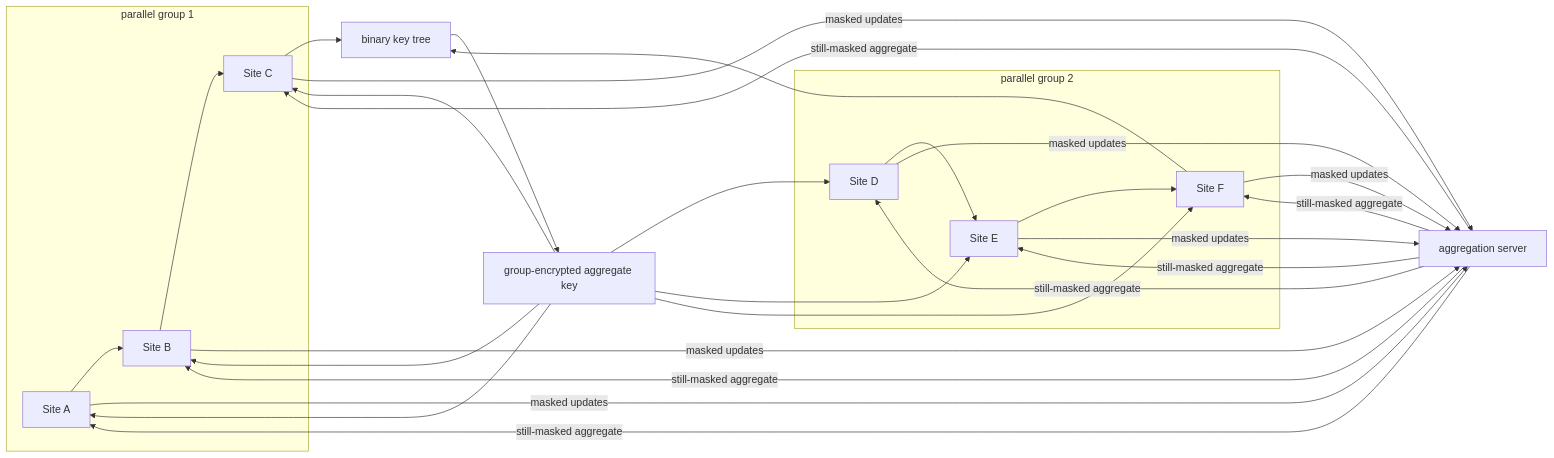
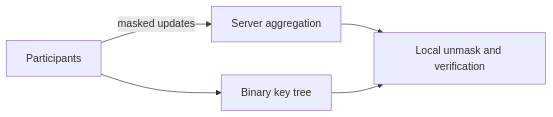
One commit to MIC-DKFZ/deki-smpc changed the diagram in README.md. Above: the diagram before and after it, drawn with Mermaid.

Commit message:
docs: simplify overview diagram

````diff
--- a/README.md
+++ b/README.md
@@ -47,15 +47,7 @@
 ```mermaid
 flowchart LR
-    subgraph G1[parallel group 1]
-      A[Site A] --> B[Site B] --> C[Site C]
-    end
-    subgraph G2[parallel group 2]
-      D[Site D] --> E[Site E] --> F[Site F]
-    end
-    C --> T[binary key tree]
-    F --> T
-    T --> K[group-encrypted aggregate key]
-    A & B & C & D & E & F -->|masked updates| S[aggregation server]
-    K --> A & B & C & D & E & F
-    S -->|still-masked aggregate| A & B & C & D & E & F
+    P[Participants] -->|masked updates| S[Server aggregation]
+    P --> K[Binary key tree]
+    S --> V[Local unmask and verification]
+    K --> V
 ```
````
